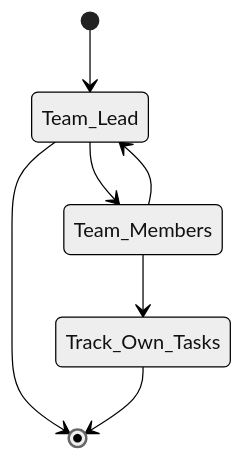
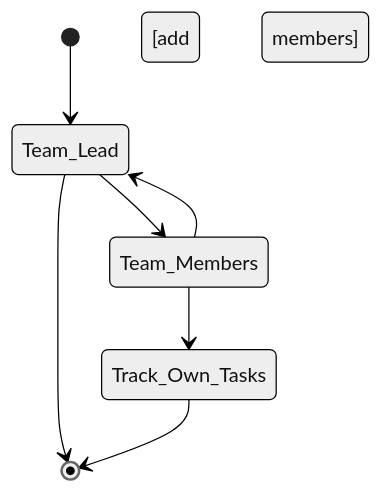
Before and after one commit to ChoonKeeGohJQ/EGL314-TeamA-ProjectSpace: the diagram in README.md, drawn with Mermaid (neutral theme).

````diff
--- a/README.md
+++ b/README.md
@@ -3,10 +3,10 @@
 ```mermaid
 stateDiagram
-    [*] --> Team_Lead
+    [*] --> Team_Lead [add members]
     Team_Lead --> [*]
 
     Team_Lead --> Team_Members
     Team_Members --> Team_Lead
     Team_Members --> Track_Own_Tasks
     Track_Own_Tasks --> [*]
 ```
````
